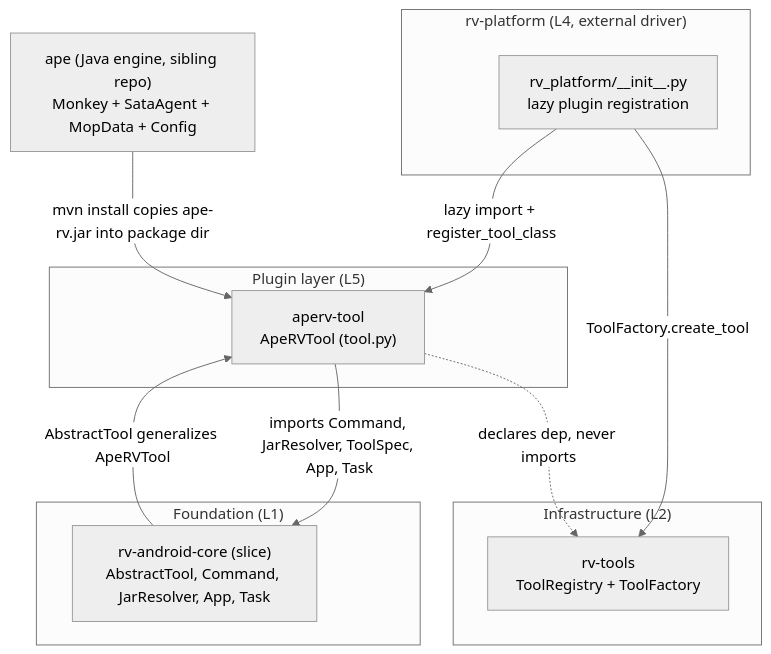
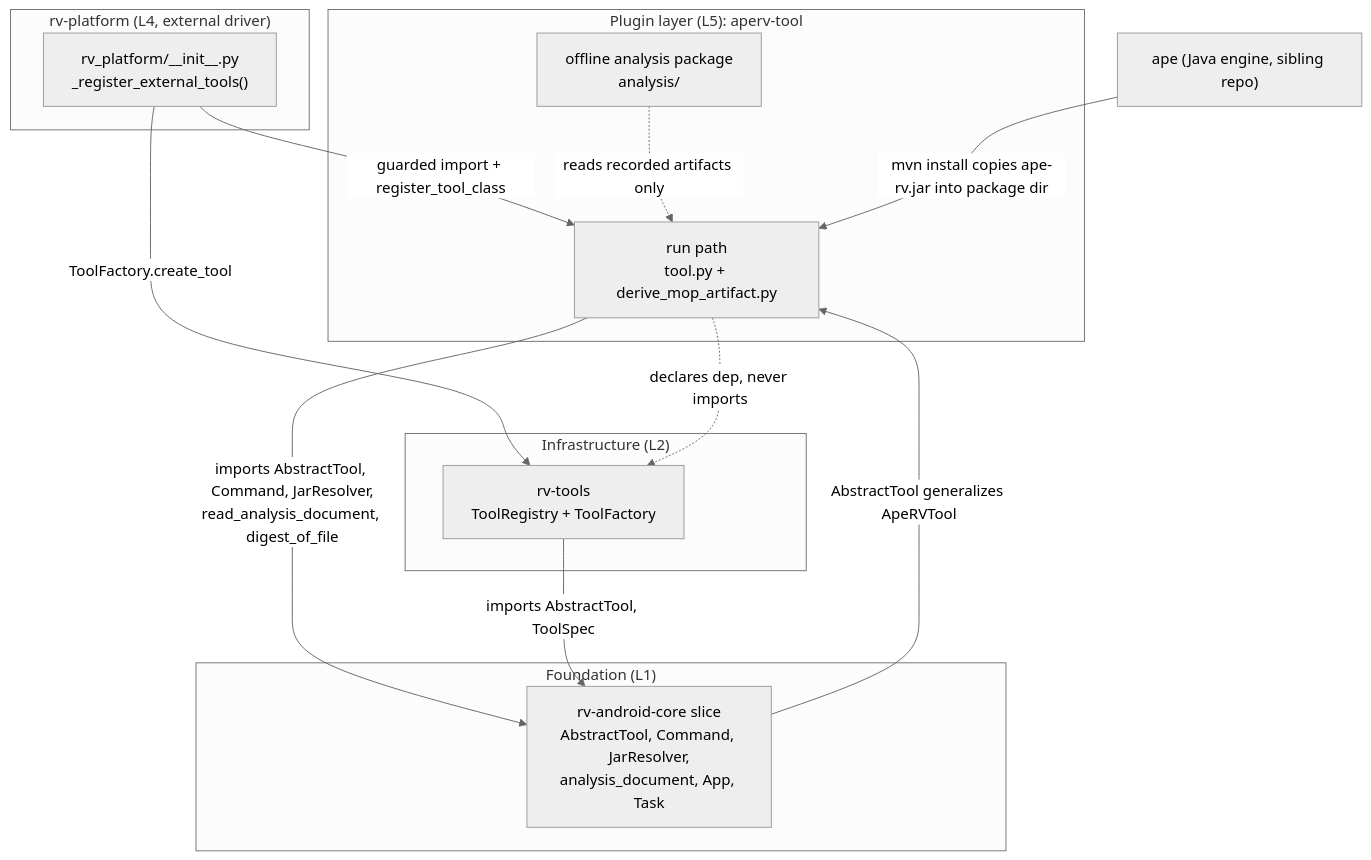
The second of 5 diagrams in rv-android/docs/architecture/ape-rv.md (PAMunb/rvsec), drawn with Mermaid before and after one commit. The commit also changed other lines of this file and 7 other files, not shown here.

````diff
--- a/rv-android/docs/architecture/ape-rv.md
+++ b/rv-android/docs/architecture/ape-rv.md
@@ -620,24 +679,27 @@
 ```mermaid
 %%{init: {'theme': 'neutral'}}%%
 flowchart TB
     subgraph host_l4 ["rv-platform (L4, external driver)"]
-        rvplatform["rv_platform/__init__.py<br/>lazy plugin registration"]
+        rvplatform["rv_platform/__init__.py<br/>_register_external_tools()"]
     end
-    subgraph l5 ["Plugin layer (L5)"]
-        apervtool["aperv-tool<br/>ApeRVTool (tool.py)"]
+    subgraph l5 ["Plugin layer (L5): aperv-tool"]
+        runpath["run path<br/>tool.py + derive_mop_artifact.py"]
+        offline["offline analysis package<br/>analysis/"]
     end
     subgraph l2 ["Infrastructure (L2)"]
         rvtools["rv-tools<br/>ToolRegistry + ToolFactory"]
     end
     subgraph l1 ["Foundation (L1)"]
-        core["rv-android-core (slice)<br/>AbstractTool, Command, JarResolver, App, Task"]
+        core["rv-android-core slice<br/>AbstractTool, Command, JarResolver,<br/>analysis_document, App, Task"]
     end
-    aperepo2["ape (Java engine, sibling repo)<br/>Monkey + SataAgent + MopData + Config"]
+    apeengine["ape (Java engine, sibling repo)"]
 
-    rvplatform -->|"lazy import + register_tool_class"| apervtool
+    rvplatform -->|"guarded import + register_tool_class"| runpath
     rvplatform -->|"ToolFactory.create_tool"| rvtools
-    apervtool -->|"imports Command, JarResolver, ToolSpec, App, Task"| core
-    apervtool -.->|"declares dep, never imports"| rvtools
-    core -->|"AbstractTool generalizes ApeRVTool"| apervtool
-    aperepo2 -->|"mvn install copies ape-rv.jar into package dir"| apervtool
+    runpath -->|"imports AbstractTool, Command, JarResolver,<br/>read_analysis_document, digest_of_file"| core
+    runpath -.->|"declares dep, never imports"| rvtools
+    rvtools -->|"imports AbstractTool, ToolSpec"| core
+    core -->|"AbstractTool generalizes ApeRVTool"| runpath
+    offline -.->|"reads recorded artifacts only"| runpath
+    apeengine -->|"mvn install copies ape-rv.jar into package dir"| runpath
 ```
````
